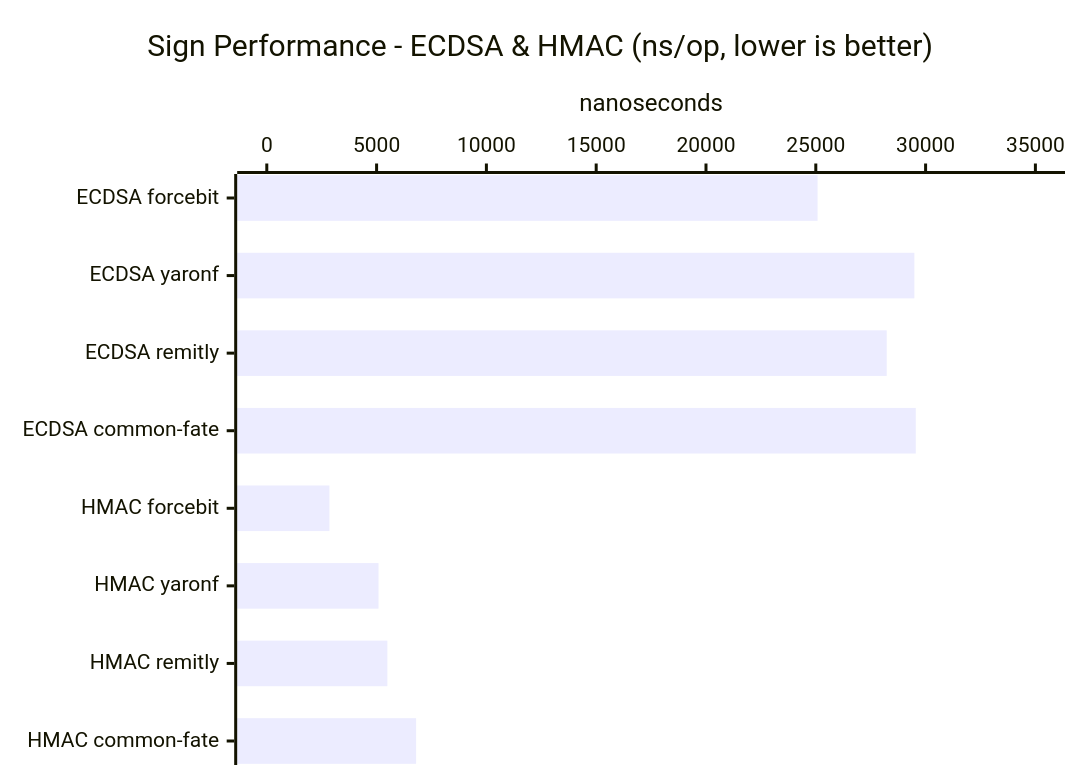
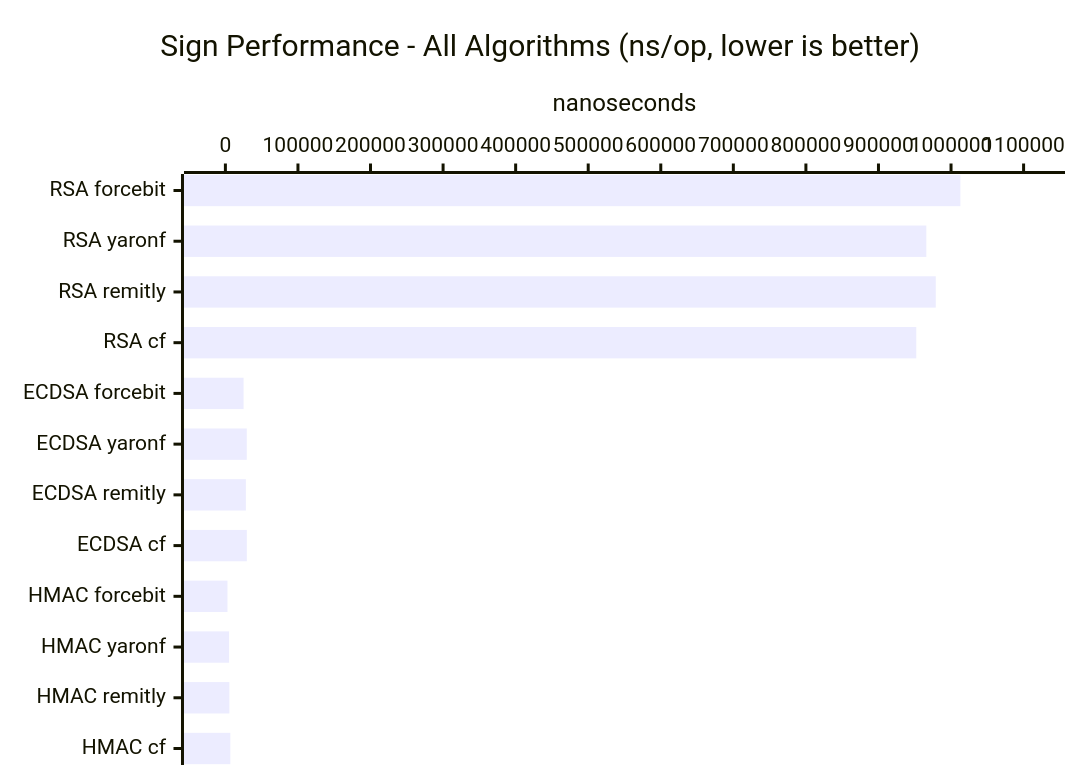
The first of 7 diagrams in benchmarks/README.md (forcebit/http-message-signatures-rfc9421-go), drawn with Mermaid before and after one commit. The commit also changed other lines of this file, not shown here.

Commit message:
Update benchmark charts and table to consolidate performance data

````diff
--- a/benchmarks/README.md
+++ b/benchmarks/README.md
@@ -45,7 +37,7 @@
 ```mermaid
 xychart-beta horizontal
-    title "Sign Performance - ECDSA & HMAC (ns/op, lower is better)"
-    x-axis ["ECDSA forcebit", "ECDSA yaronf", "ECDSA remitly", "ECDSA common-fate", "HMAC forcebit", "HMAC yaronf", "HMAC remitly", "HMAC common-fate"]
-    y-axis "nanoseconds" 0 --> 35000
-    bar [25082, 29489, 28230, 29553, 2853, 5088, 5491, 6799]
+    title "Sign Performance - All Algorithms (ns/op, lower is better)"
+    x-axis ["RSA forcebit", "RSA yaronf", "RSA remitly", "RSA cf", "ECDSA forcebit", "ECDSA yaronf", "ECDSA remitly", "ECDSA cf", "HMAC forcebit", "HMAC yaronf", "HMAC remitly", "HMAC cf"]
+    y-axis "nanoseconds" 0 --> 1100000
+    bar [1012858, 965976, 978961, 952112, 25082, 29489, 28230, 29553, 2853, 5088, 5491, 6799]
 ```
````
